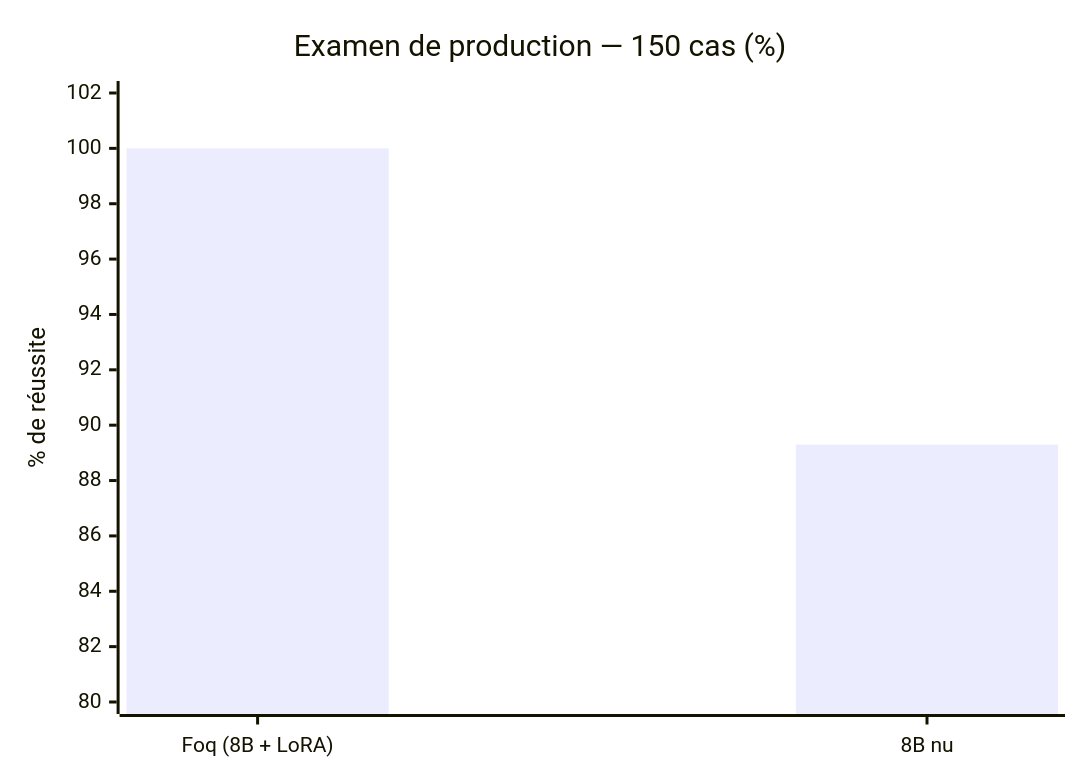
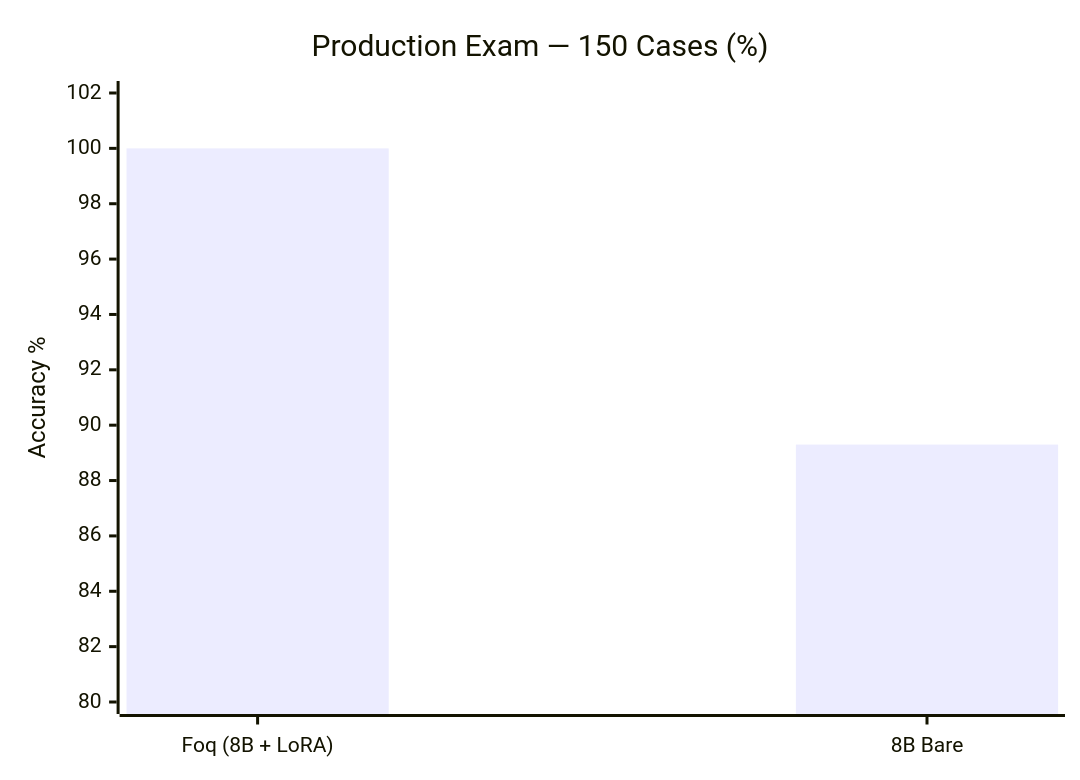
The second of 6 diagrams in BENCHMARKS.md (yohanargentina-oss/Foq), drawn with Mermaid before and after one commit. The commit also changed other lines of this file and 15 other files, not shown here.

````diff
--- a/BENCHMARKS.md
+++ b/BENCHMARKS.md
@@ -44,7 +33,7 @@
 ```mermaid
 xychart-beta
-    title "Examen de production — 150 cas (%)"
-    x-axis ["Foq (8B + LoRA)", "8B nu"]
-    y-axis "% de réussite" 80 --> 102
+    title "Production Exam — 150 Cases (%)"
+    x-axis ["Foq (8B + LoRA)", "8B Bare"]
+    y-axis "Accuracy %" 80 --> 102
     bar [100, 89.3]
 ```
````
